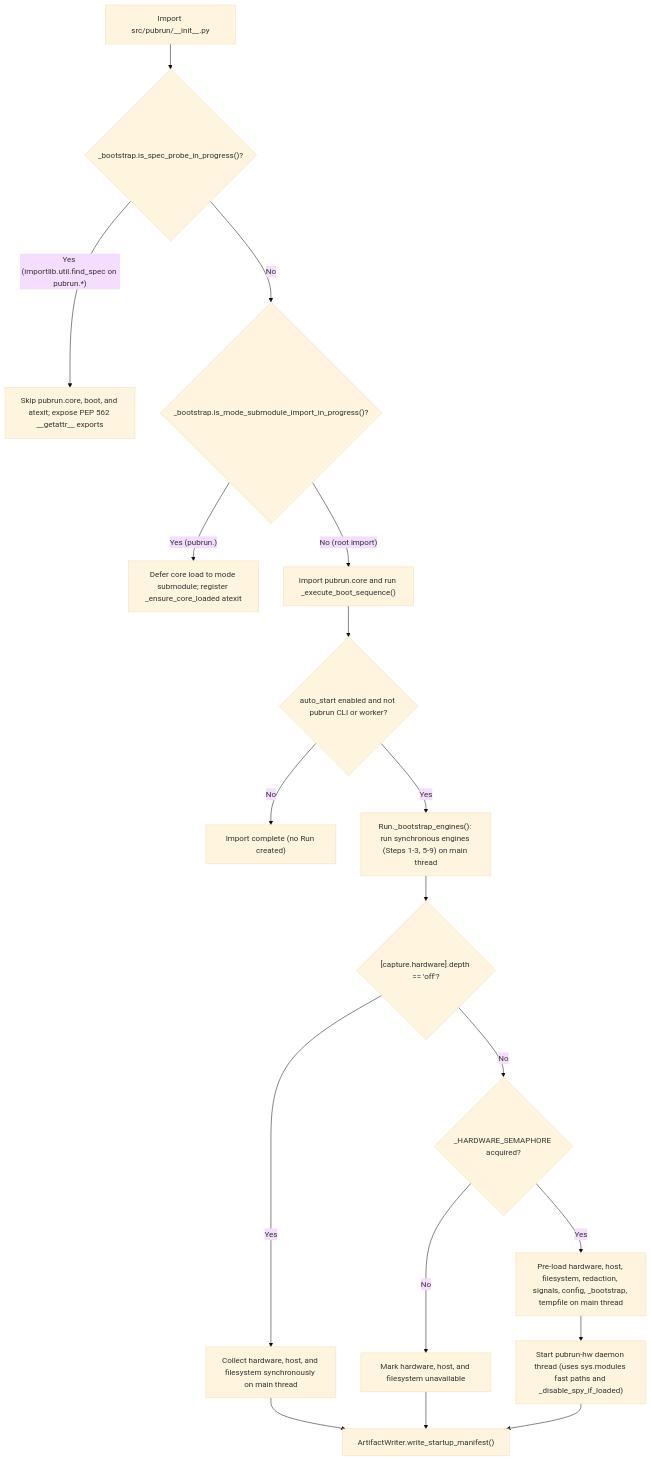
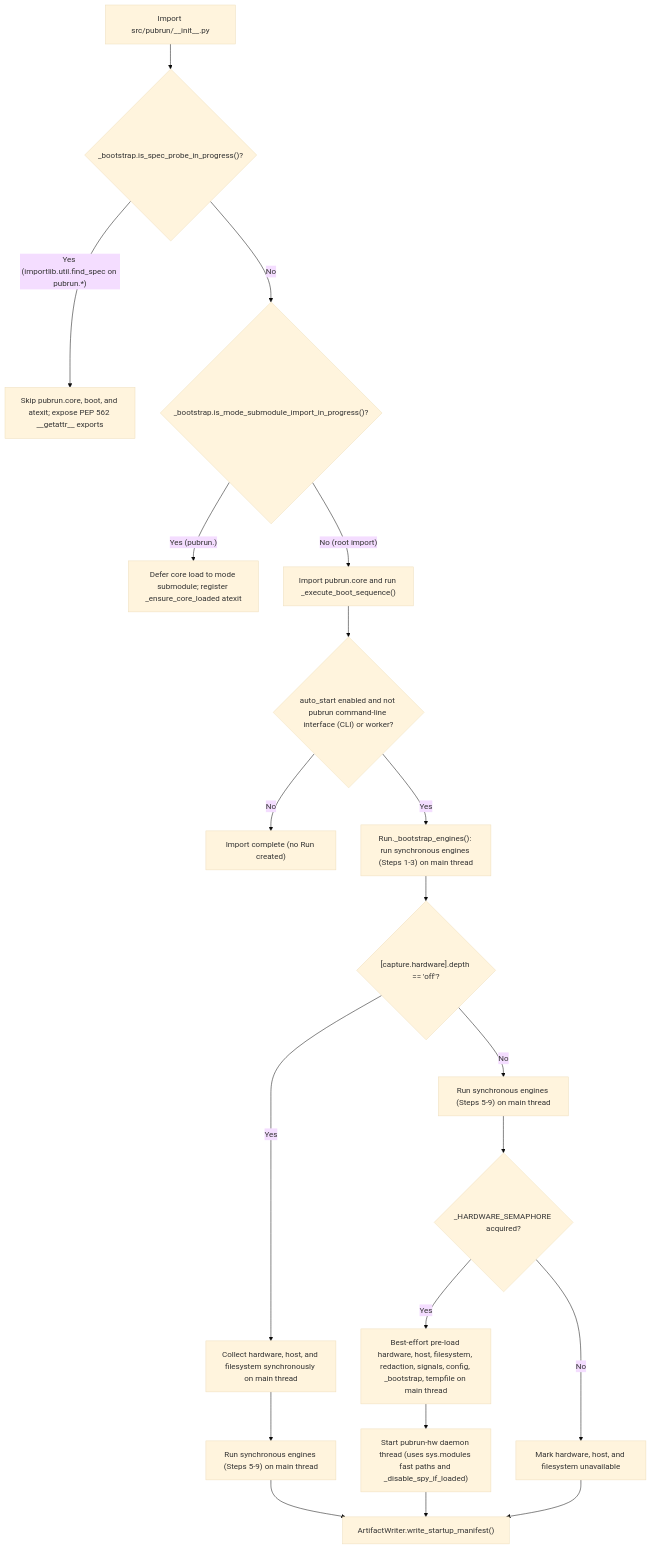
Before and after one commit to fariello/pubrun: the diagram in .aw/records/plans/pending/20261127-wvdr46-01-3ed2o4-avoid-import-lock-deadlock-when-coverage-py-probes-pubrun-su.ipd.md, drawn with Mermaid (base theme). The commit also changed other lines of this file and 1 other file, not shown here.

````diff
--- a/.aw/records/plans/pending/20261127-wvdr46-01-3ed2o4-avoid-import-lock-deadlock-when-coverage-py-probes-pubrun-su.ipd.md
+++ b/.aw/records/plans/pending/20261127-wvdr46-01-3ed2o4-avoid-import-lock-deadlock-when-coverage-py-probes-pubrun-su.ipd.md
@@ -35,20 +37,22 @@
 ```mermaid
 flowchart TD
     ENTER["Import src/pubrun/__init__.py"] --> PROBE{"_bootstrap.is_spec_probe_in_progress()?"}
     PROBE -->|"Yes (importlib.util.find_spec on pubrun.*)"| SKIP["Skip pubrun.core, boot, and atexit; expose PEP 562 __getattr__ exports"]
     PROBE -->|"No"| MODE{"_bootstrap.is_mode_submodule_import_in_progress()?"}
     MODE -->|"Yes (pubrun.<mode>)"| DEFER["Defer core load to mode submodule; register _ensure_core_loaded atexit"]
     MODE -->|"No (root import)"| BOOT["Import pubrun.core and run _execute_boot_sequence()"]
-    BOOT --> AUTO{"auto_start enabled and not pubrun CLI or worker?"}
+    BOOT --> AUTO{"auto_start enabled and not pubrun command-line interface (CLI) or worker?"}
     AUTO -->|"No"| DONE["Import complete (no Run created)"]
-    AUTO -->|"Yes"| SYNC["Run._bootstrap_engines(): run synchronous engines (Steps 1-3, 5-9) on main thread"]
-    SYNC --> HWOFF{"[capture.hardware].depth == 'off'?"}
+    AUTO -->|"Yes"| STEP13["Run._bootstrap_engines(): run synchronous engines (Steps 1-3) on main thread"]
+    STEP13 --> HWOFF{"[capture.hardware].depth == 'off'?"}
     HWOFF -->|"Yes"| HWSYNC["Collect hardware, host, and filesystem synchronously on main thread"]
-    HWOFF -->|"No"| SEM{"_HARDWARE_SEMAPHORE acquired?"}
+    HWSYNC --> SYNCOFF["Run synchronous engines (Steps 5-9) on main thread"]
+    SYNCOFF --> WRITER["ArtifactWriter.write_startup_manifest()"]
+    HWOFF -->|"No"| SYNC["Run synchronous engines (Steps 5-9) on main thread"]
+    SYNC --> SEM{"_HARDWARE_SEMAPHORE acquired?"}
     SEM -->|"No"| UNAVAIL["Mark hardware, host, and filesystem unavailable"]
-    SEM -->|"Yes"| PRELOAD["Pre-load hardware, host, filesystem, redaction, signals, config, _bootstrap, tempfile on main thread"]
+    SEM -->|"Yes"| PRELOAD["Best-effort pre-load hardware, host, filesystem, redaction, signals, config, _bootstrap, tempfile on main thread"]
     PRELOAD --> SPAWN["Start pubrun-hw daemon thread (uses sys.modules fast paths and _disable_spy_if_loaded)"]
-    SPAWN --> WRITER["ArtifactWriter.write_startup_manifest()"]
-    HWSYNC --> WRITER
+    SPAWN --> WRITER
     UNAVAIL --> WRITER
 ```
````
